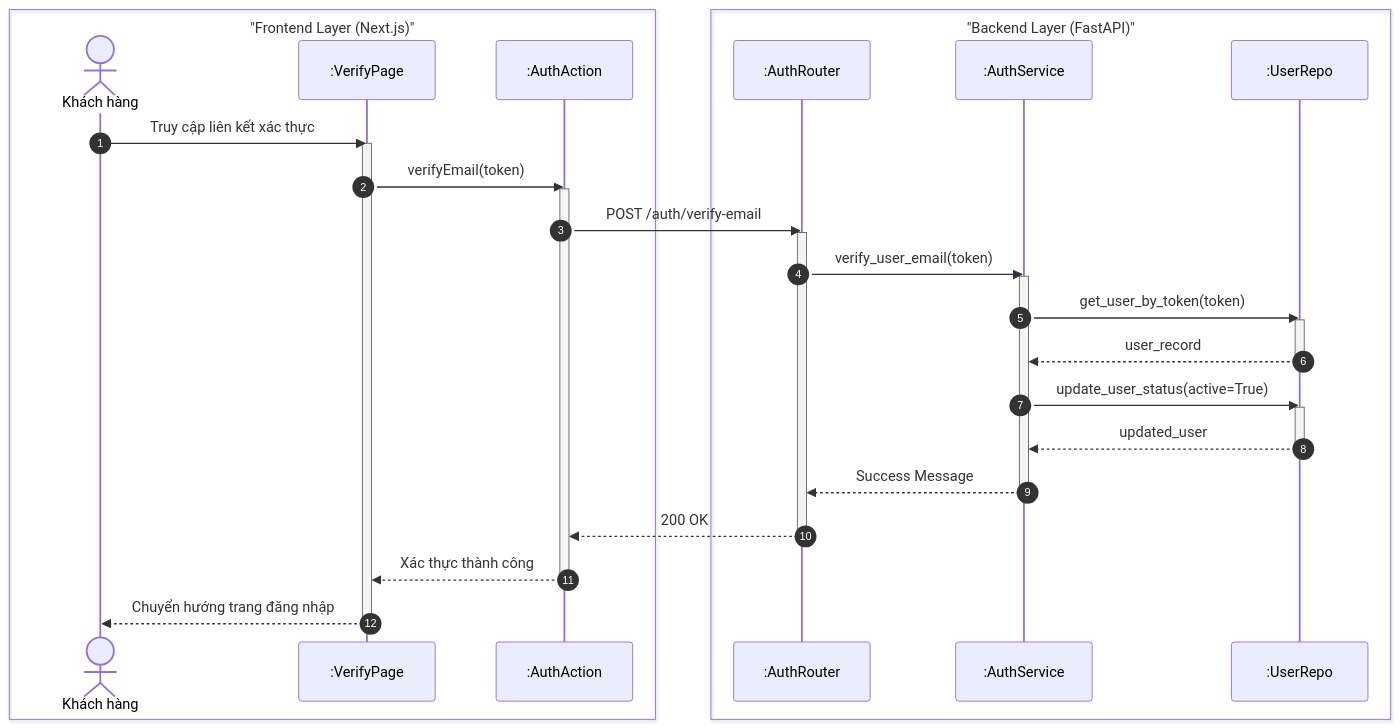
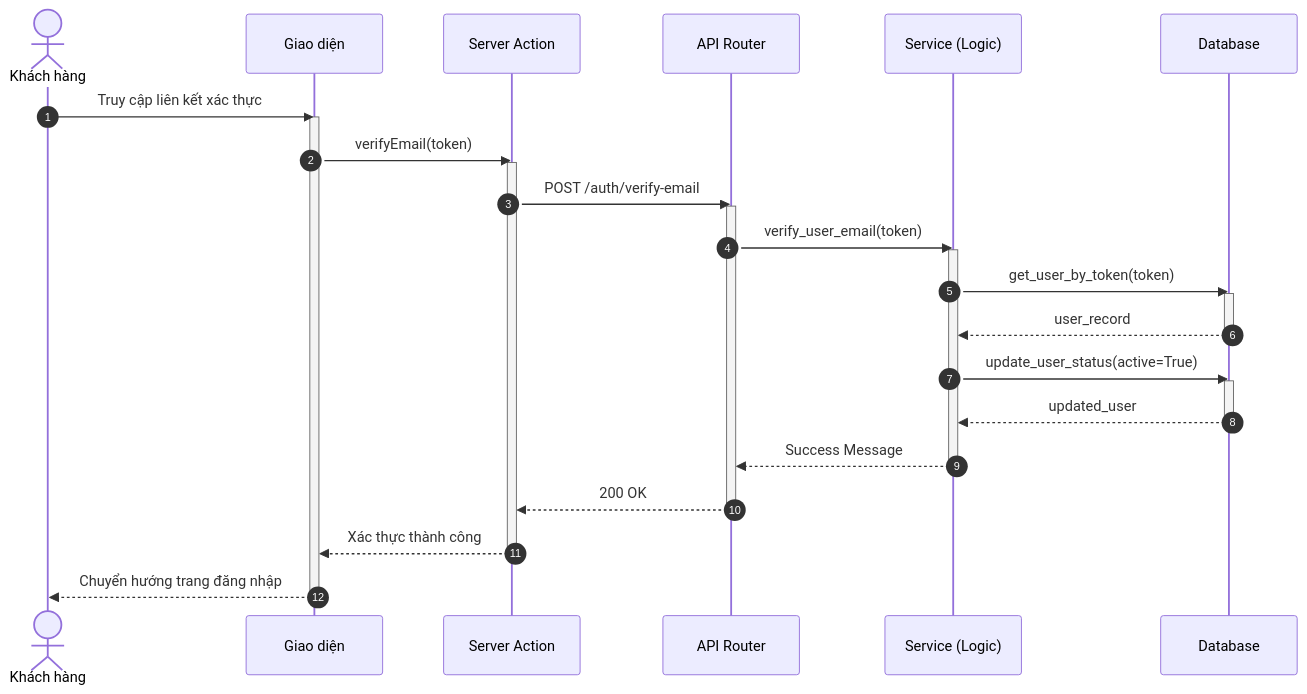
One commit to ngoctinn/Synapse changed the second of 8 diagrams in docs/design/sequences/authentication.md. Above: the diagram before and after it, drawn with Mermaid. The commit also changed other lines of this file and 4 other files, not shown here.

Commit message:
docs: Add initial sequence diagrams for admin, authentication, customer, receptionist, and technician flows.

````diff
--- a/docs/design/sequences/authentication.md
+++ b/docs/design/sequences/authentication.md
@@ -84,48 +79,43 @@
 ```mermaid
 sequenceDiagram
     autonumber
-    box "Frontend Layer (Next.js)"
-        actor KH as Khách hàng
-        participant UI as :VerifyPage
-        participant BFF as :AuthAction
-    end
-
-    box "Backend Layer (FastAPI)"
-        participant API as :AuthRouter
-        participant S as :AuthService
-        participant DB as :UserRepo
-    end
+    actor KH as Khách hàng
+    participant UI as Giao diện
+    participant BFF as Server Action
+    participant API as API Router
+    participant S as Service (Logic)
+    participant DB as Database
 
     KH->>UI: Truy cập liên kết xác thực
     activate UI
     UI->>BFF: verifyEmail(token)
     activate BFF
 
     BFF->>API: POST /auth/verify-email
     activate API
 
     API->>S: verify_user_email(token)
     activate S
 
     S->>DB: get_user_by_token(token)
     activate DB
     DB-->>S: user_record
     deactivate DB
 
     S->>DB: update_user_status(active=True)
     activate DB
     DB-->>S: updated_user
     deactivate DB
 
     S-->>API: Success Message
     deactivate S
 
     API-->>BFF: 200 OK
     deactivate API
 
     BFF-->>UI: Xác thực thành công
     deactivate BFF
 
     UI-->>KH: Chuyển hướng trang đăng nhập
     deactivate UI
 ```
````
